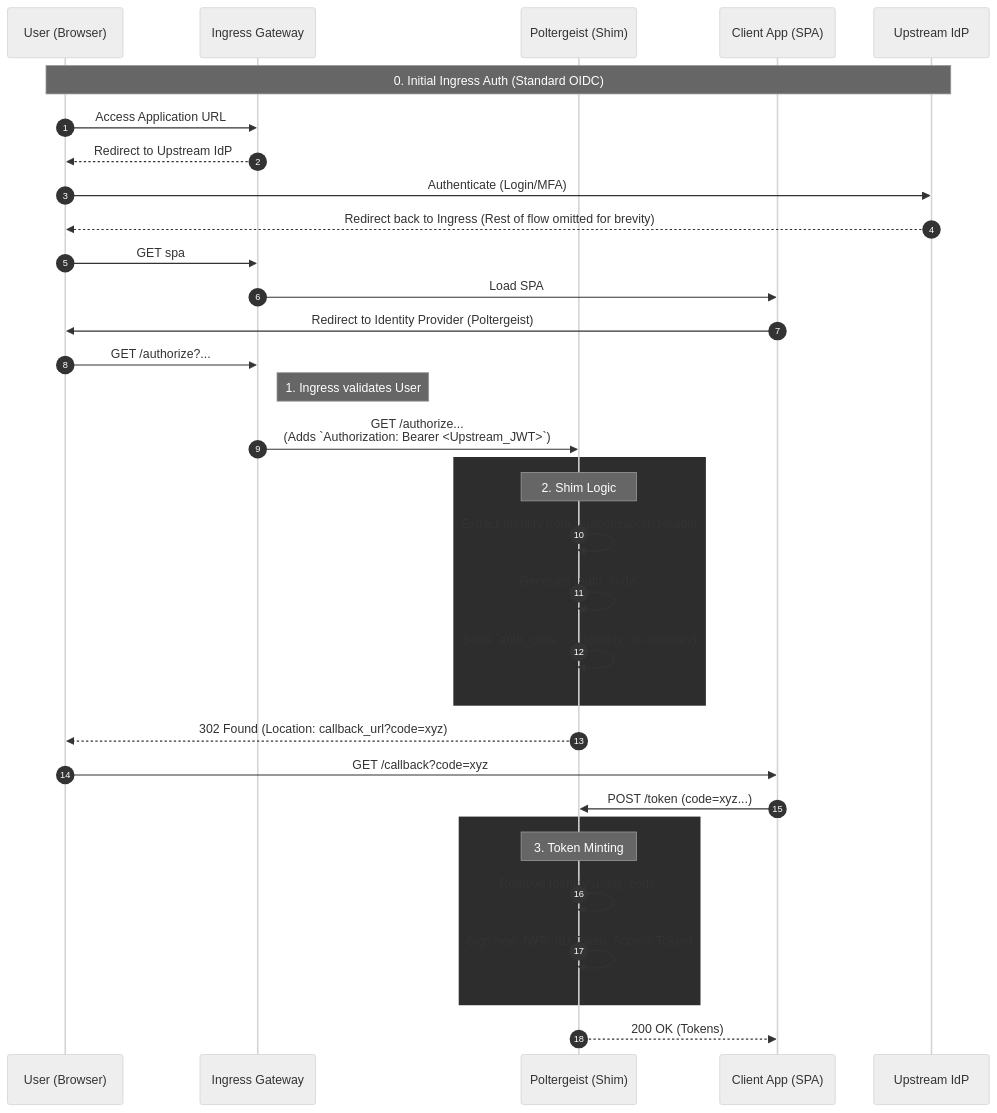
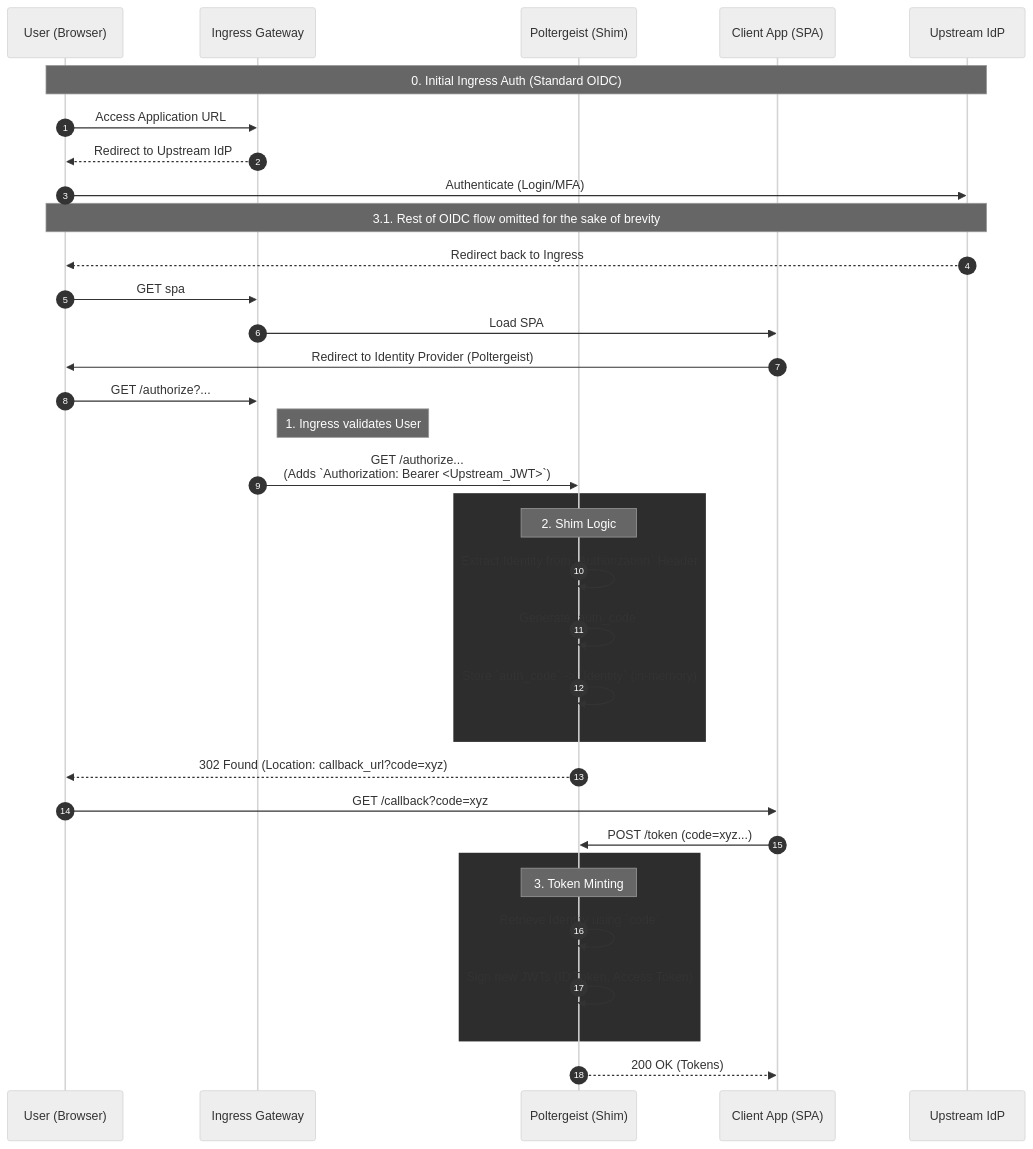
Before and after one commit to calamity-m/poltergeist: the diagram in README.md, drawn with Mermaid (neutral theme).

Commit message:
fix: make note a real note in the diagram

````diff
--- a/README.md
+++ b/README.md
@@ -15,43 +15,44 @@
 ```mermaid
 sequenceDiagram
     autonumber
     participant User as User (Browser)
     participant Ingress as Ingress Gateway
     participant Poltergeist as Poltergeist (Shim)
     participant Client as Client App (SPA)
     participant Upstream as Upstream IdP
 
     Note over User, Upstream: 0. Initial Ingress Auth (Standard OIDC)
     User->>Ingress: Access Application URL
     Ingress-->>User: Redirect to Upstream IdP
     User->>Upstream: Authenticate (Login/MFA)
-    Upstream-->>User: Redirect back to Ingress (Rest of flow omitted for brevity)
+    Note over User, Upstream: 3.1. Rest of OIDC flow omitted for the sake of brevity
+    Upstream-->>User: Redirect back to Ingress
     
     User->>Ingress: GET spa
     Ingress->>Client: Load SPA
     Client->>User: Redirect to Identity Provider (Poltergeist)
     
     User->>Ingress: GET /authorize?...
     Note right of Ingress: 1. Ingress validates User
     Ingress->>Poltergeist: GET /authorize... <br/>(Adds `Authorization: Bearer <Upstream_JWT>`)
     
     rect rgb(45, 45, 45)
     Note over Poltergeist: 2. Shim Logic
     Poltergeist->>Poltergeist: Extract Identity from `Authorization` Header
     Poltergeist->>Poltergeist: Generate `auth_code`
     Poltergeist->>Poltergeist: Store `auth_code` -> `Identity` (in-memory)
     end
     
     Poltergeist-->>User: 302 Found (Location: callback_url?code=xyz)
     
     User->>Client: GET /callback?code=xyz
     Client->>Poltergeist: POST /token (code=xyz...)
     
     rect rgb(45, 45, 45)
     Note over Poltergeist: 3. Token Minting
     Poltergeist->>Poltergeist: Retrieve Identity using `code`
     Poltergeist->>Poltergeist: Sign new JWTs (ID Token, Access Token)
     end
     
     Poltergeist-->>Client: 200 OK (Tokens)
 ```
````
